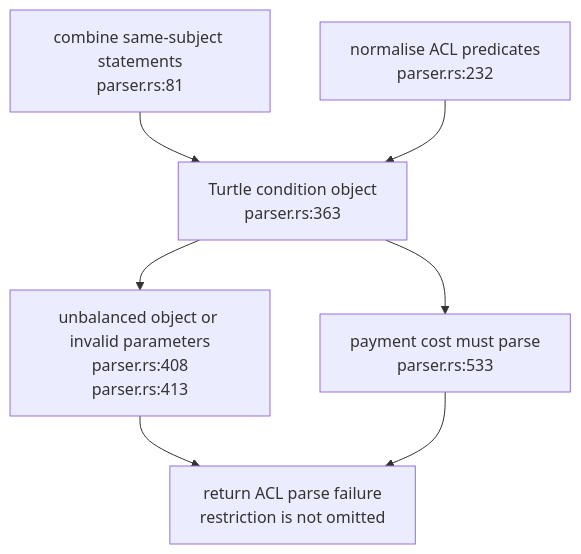
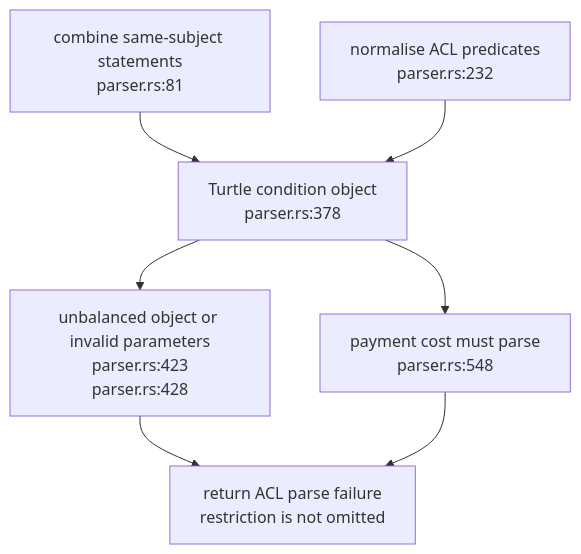
One commit to DreamLab-AI/VisionFlow changed the first of 5 diagrams in docs/diagrams/solid-pod-rs/15-authority-and-payment-repairs.md. Above: the diagram before and after it, drawn with Mermaid. The commit also changed other lines of this file and 154 other files, not shown here.

First line of the commit message:
docs(diagrams): re-stamp 154 topics whose every citation still reads the same text at the current heads

````diff
--- a/docs/diagrams/solid-pod-rs/15-authority-and-payment-repairs.md
+++ b/docs/diagrams/solid-pod-rs/15-authority-and-payment-repairs.md
@@ -27,11 +27,11 @@
 ```mermaid
 flowchart TB
-    CONDITION["Turtle condition object<br/>parser.rs:363"]
-    BROKEN["unbalanced object or invalid parameters<br/>parser.rs:408<br/>parser.rs:413"]
-    COST["payment cost must parse<br/>parser.rs:533"]
+    CONDITION["Turtle condition object<br/>parser.rs:378"]
+    BROKEN["unbalanced object or invalid parameters<br/>parser.rs:423<br/>parser.rs:428"]
+    COST["payment cost must parse<br/>parser.rs:548"]
     DENY["return ACL parse failure<br/>restriction is not omitted"]
     SUBJECT["combine same-subject statements<br/>parser.rs:81"] --> CONDITION
     SCHEME["normalise ACL predicates<br/>parser.rs:232"] --> CONDITION
     CONDITION --> BROKEN --> DENY
     CONDITION --> COST --> DENY
 ```
````
